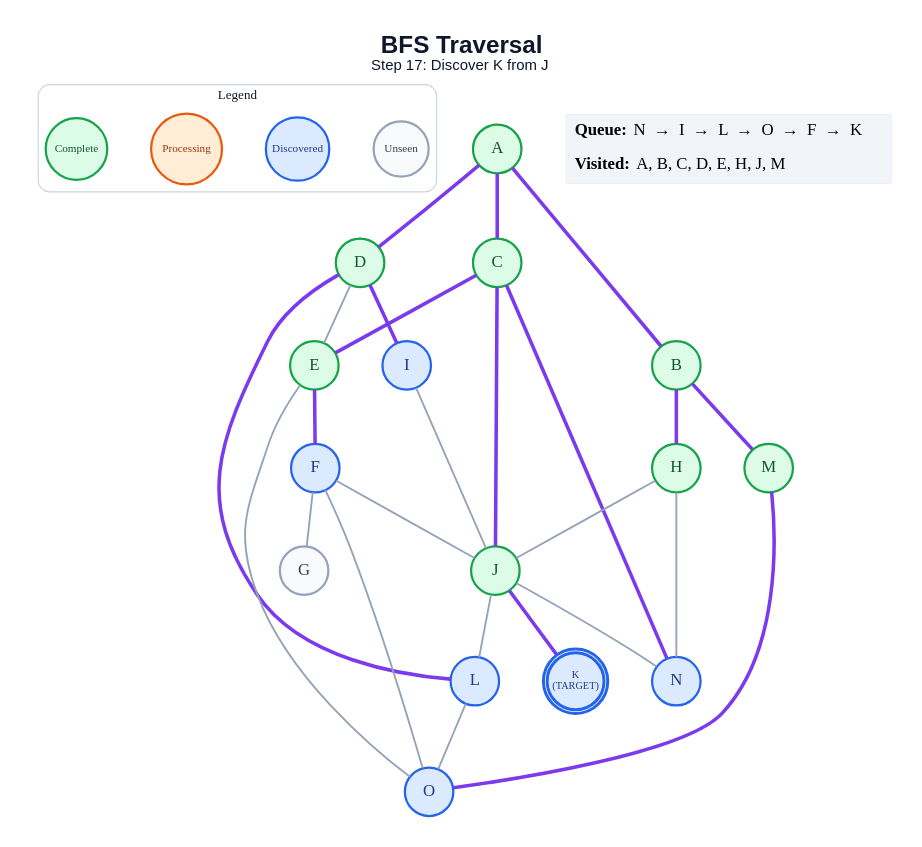
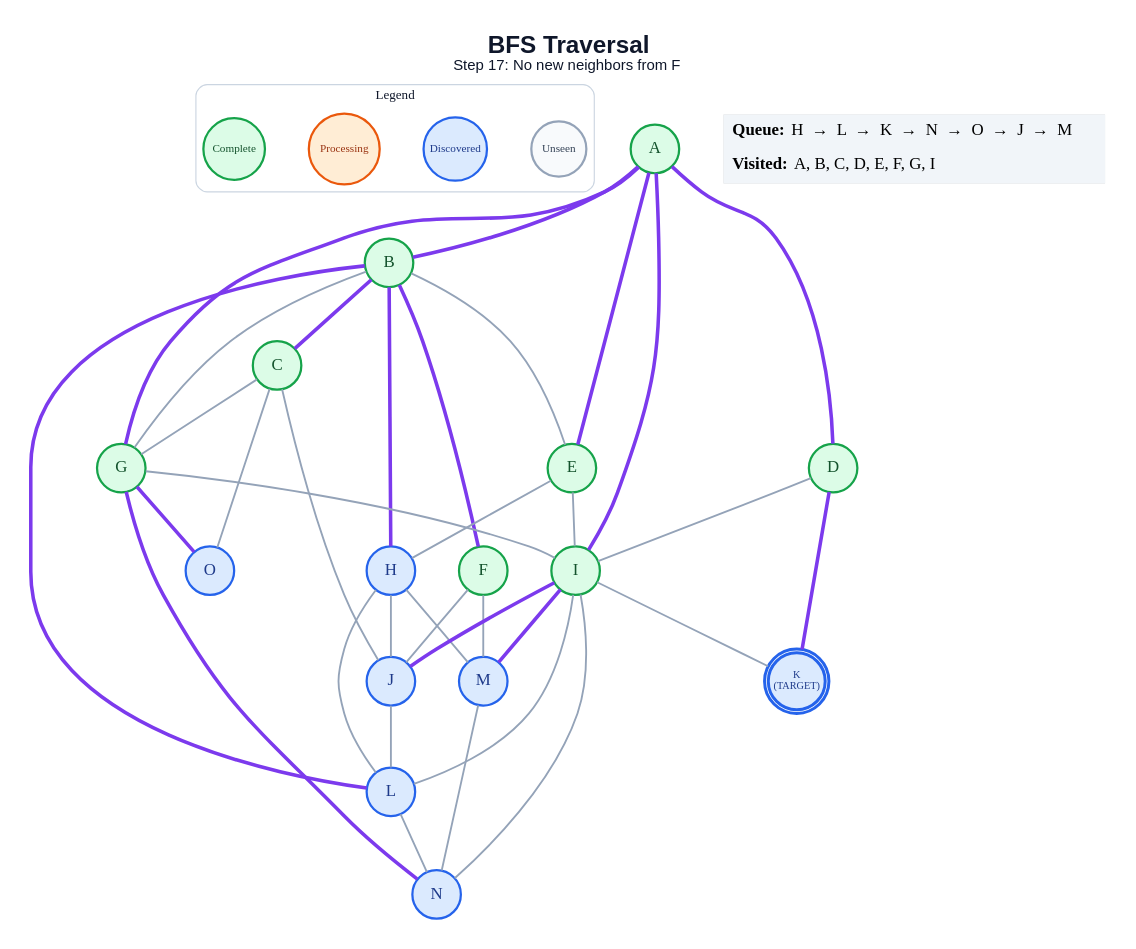
Before and after one commit to anon7238593-create/ai-slop: the diagram in generated/specific-node/bfs/step_17.dot, drawn with Graphviz. The commit also changed 313 other files, not shown here.

```diff
--- a/generated/specific-node/bfs/step_17.dot
+++ b/generated/specific-node/bfs/step_17.dot
@@ -1,58 +1,68 @@
 graph traversal {
   graph [layout=dot, rankdir=TB, bgcolor="#FFFFFF", pad="0.35", nodesep="0.65", ranksep="0.8", fontname="Arial"];
   node [shape=circle, style="filled", fontname="Arial Bold", fontsize=18, width=0.72, fixedsize=true, penwidth=2.4];
   edge [color="#94A3B8", penwidth=2.0];
-  label=<<B>BFS Traversal</B><BR/><FONT POINT-SIZE="16">Step 17: Discover K from J</FONT>>; labelloc="t"; fontsize=26; fontname="Arial"; fontcolor="#0F172A";
+  label=<<B>BFS Traversal</B><BR/><FONT POINT-SIZE="16">Step 17: No new neighbors from F</FONT>>; labelloc="t"; fontsize=26; fontname="Arial"; fontcolor="#0F172A";
   subgraph cluster_legend { label="Legend"; color="#CBD5E1"; penwidth=1.2; style="rounded"; fontsize=14; fontname="Arial Bold";
     key_unseen [label="Unseen", fillcolor="#F8FAFC", color="#94A3B8", fontcolor="#334155", fontsize=12, width=0.82];
     key_frontier [label="Discovered", fillcolor="#DBEAFE", color="#2563EB", fontcolor="#1E3A8A", fontsize=12, width=0.95];
     key_current [label="Processing", fillcolor="#FFEDD5", color="#EA580C", fontcolor="#9A3412", fontsize=12, width=1.05];
     key_done [label="Complete", fillcolor="#DCFCE7", color="#16A34A", fontcolor="#14532D", fontsize=12, width=0.92];
     { rank=same; key_unseen; key_frontier; key_current; key_done; }
   }
   A [label="A", fillcolor="#DCFCE7", color="#16A34A", fontcolor="#14532D", peripheries=1, penwidth=2.4];
   B [label="B", fillcolor="#DCFCE7", color="#16A34A", fontcolor="#14532D", peripheries=1, penwidth=2.4];
   C [label="C", fillcolor="#DCFCE7", color="#16A34A", fontcolor="#14532D", peripheries=1, penwidth=2.4];
   D [label="D", fillcolor="#DCFCE7", color="#16A34A", fontcolor="#14532D", peripheries=1, penwidth=2.4];
   E [label="E", fillcolor="#DCFCE7", color="#16A34A", fontcolor="#14532D", peripheries=1, penwidth=2.4];
-  F [label="F", fillcolor="#DBEAFE", color="#2563EB", fontcolor="#1E3A8A", peripheries=1, penwidth=2.4];
-  G [label="G", fillcolor="#F8FAFC", color="#94A3B8", fontcolor="#334155", peripheries=1, penwidth=2.4];
-  H [label="H", fillcolor="#DCFCE7", color="#16A34A", fontcolor="#14532D", peripheries=1, penwidth=2.4];
-  I [label="I", fillcolor="#DBEAFE", color="#2563EB", fontcolor="#1E3A8A", peripheries=1, penwidth=2.4];
-  J [label="J", fillcolor="#DCFCE7", color="#16A34A", fontcolor="#14532D", peripheries=1, penwidth=2.4];
+  F [label="F", fillcolor="#DCFCE7", color="#16A34A", fontcolor="#14532D", peripheries=1, penwidth=2.4];
+  G [label="G", fillcolor="#DCFCE7", color="#16A34A", fontcolor="#14532D", peripheries=1, penwidth=2.4];
+  H [label="H", fillcolor="#DBEAFE", color="#2563EB", fontcolor="#1E3A8A", peripheries=1, penwidth=2.4];
+  I [label="I", fillcolor="#DCFCE7", color="#16A34A", fontcolor="#14532D", peripheries=1, penwidth=2.4];
+  J [label="J", fillcolor="#DBEAFE", color="#2563EB", fontcolor="#1E3A8A", peripheries=1, penwidth=2.4];
   K [label="K\n(TARGET)", fillcolor="#DBEAFE", color="#2563EB", fontcolor="#1E3A8A", peripheries=2, penwidth=3.2, fontsize=11, width=0.85, height=0.85];
   L [label="L", fillcolor="#DBEAFE", color="#2563EB", fontcolor="#1E3A8A", peripheries=1, penwidth=2.4];
-  M [label="M", fillcolor="#DCFCE7", color="#16A34A", fontcolor="#14532D", peripheries=1, penwidth=2.4];
+  M [label="M", fillcolor="#DBEAFE", color="#2563EB", fontcolor="#1E3A8A", peripheries=1, penwidth=2.4];
   N [label="N", fillcolor="#DBEAFE", color="#2563EB", fontcolor="#1E3A8A", peripheries=1, penwidth=2.4];
   O [label="O", fillcolor="#DBEAFE", color="#2563EB", fontcolor="#1E3A8A", peripheries=1, penwidth=2.4];
   A -- B [color="#7C3AED", penwidth=3.8];
-  A -- C [color="#7C3AED", penwidth=3.8];
   A -- D [color="#7C3AED", penwidth=3.8];
+  A -- E [color="#7C3AED", penwidth=3.8];
+  A -- G [color="#7C3AED", penwidth=3.8];
+  A -- I [color="#7C3AED", penwidth=3.8];
+  B -- C [color="#7C3AED", penwidth=3.8];
+  B -- E;
+  B -- F [color="#7C3AED", penwidth=3.8];
+  B -- G;
   B -- H [color="#7C3AED", penwidth=3.8];
-  B -- M [color="#7C3AED", penwidth=3.8];
-  C -- E [color="#7C3AED", penwidth=3.8];
-  C -- J [color="#7C3AED", penwidth=3.8];
-  C -- N [color="#7C3AED", penwidth=3.8];
-  D -- E;
-  D -- I [color="#7C3AED", penwidth=3.8];
-  D -- L [color="#7C3AED", penwidth=3.8];
-  E -- F [color="#7C3AED", penwidth=3.8];
-  E -- O;
-  F -- G;
+  B -- L [color="#7C3AED", penwidth=3.8];
+  C -- G;
+  C -- J;
+  C -- O;
+  D -- I;
+  D -- K [color="#7C3AED", penwidth=3.8];
+  E -- H;
+  E -- I;
   F -- J;
-  F -- O;
+  F -- M;
+  G -- I;
+  G -- N [color="#7C3AED", penwidth=3.8];
+  G -- O [color="#7C3AED", penwidth=3.8];
   H -- J;
-  H -- N;
-  I -- J;
-  J -- K [color="#7C3AED", penwidth=3.8];
+  H -- L;
+  H -- M;
+  I -- J [color="#7C3AED", penwidth=3.8];
+  I -- K;
+  I -- L;
+  I -- M [color="#7C3AED", penwidth=3.8];
+  I -- N;
   J -- L;
-  J -- N;
-  L -- O;
-  M -- O [color="#7C3AED", penwidth=3.8];
+  L -- N;
+  M -- N;
   status [shape=plain, fixedsize=false, width=0, height=0, margin=0, label=<
     <TABLE BORDER="0" CELLBORDER="0" CELLPADDING="7" BGCOLOR="#F1F5F9">
-      <TR><TD ALIGN="LEFT"><B>Queue:</B> N  →  I  →  L  →  O  →  F  →  K</TD></TR>
-      <TR><TD ALIGN="LEFT"><B>Visited:</B> A, B, C, D, E, H, J, M</TD></TR>
+      <TR><TD ALIGN="LEFT"><B>Queue:</B> H  →  L  →  K  →  N  →  O  →  J  →  M</TD></TR>
+      <TR><TD ALIGN="LEFT"><B>Visited:</B> A, B, C, D, E, F, G, I</TD></TR>
     </TABLE>
   >];
 }
```
